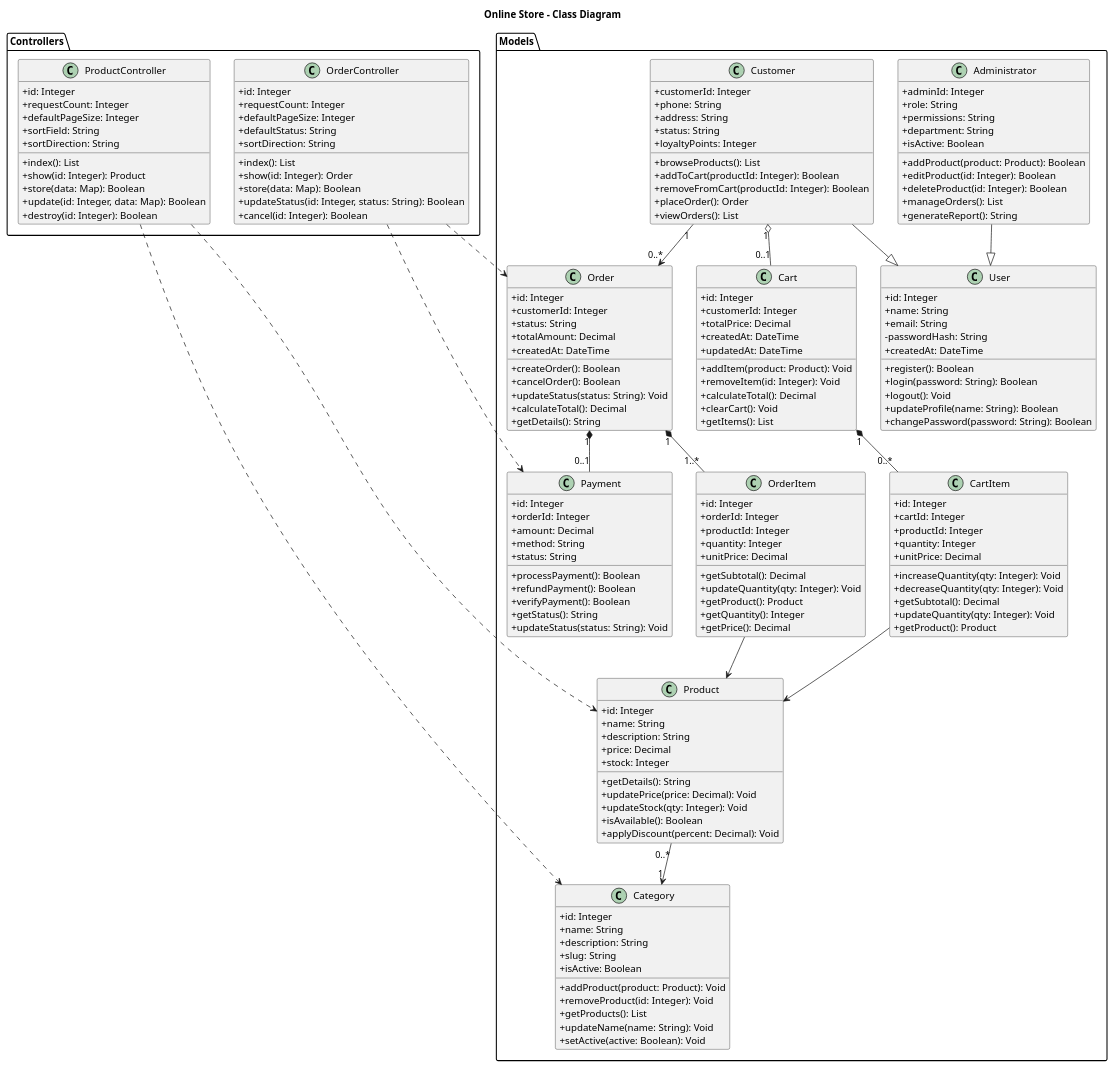
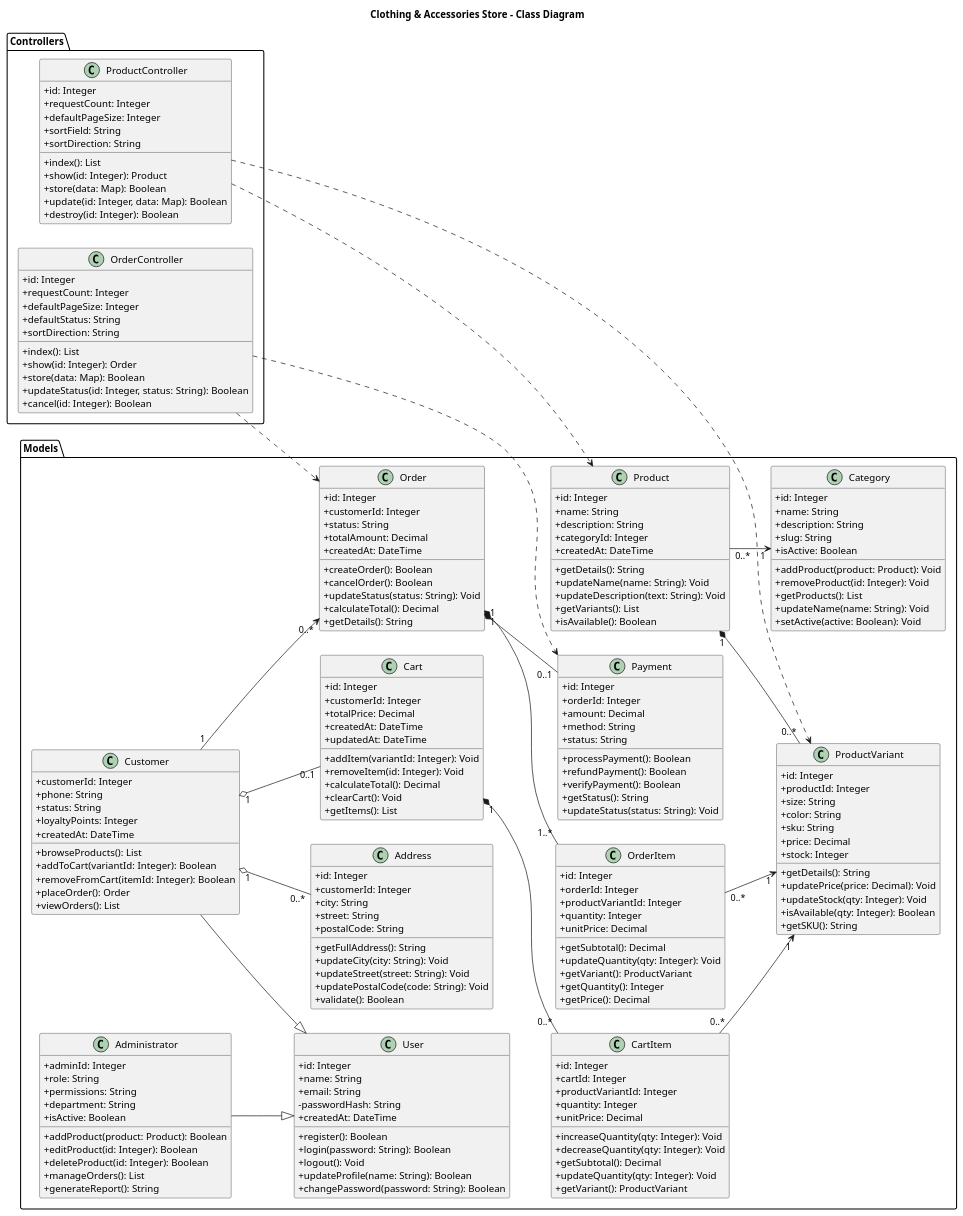
Before and after one commit to ulianadubrovska/PHP-CICD-Lab1: the diagram in docs/class-diagram.puml, drawn with PlantUML. The commit also changed other lines of this file and 4 other files, not shown here.

Commit message:
Adapt system design for clothing and accessories store

```diff
--- a/docs/class-diagram.puml
+++ b/docs/class-diagram.puml
@@ -1,8 +2,9 @@
 @startuml
-title Online Store - Class Diagram
+title Clothing & Accessories Store - Class Diagram
+
 skinparam classAttributeIconSize 0
 skinparam shadowing false
-hide empty members
+left to right direction
 
 package "Models" {
 
@@ -22,12 +24,12 @@
 class Customer {
   +customerId: Integer
   +phone: String
-  +address: String
   +status: String
   +loyaltyPoints: Integer
+  +createdAt: DateTime
   +browseProducts(): List
-  +addToCart(productId: Integer): Boolean
-  +removeFromCart(productId: Integer): Boolean
+  +addToCart(variantId: Integer): Boolean
+  +removeFromCart(itemId: Integer): Boolean
   +placeOrder(): Order
   +viewOrders(): List
 }
@@ -49,13 +51,28 @@
   +id: Integer
   +name: String
   +description: String
+  +categoryId: Integer
+  +createdAt: DateTime
+  +getDetails(): String
+  +updateName(name: String): Void
+  +updateDescription(text: String): Void
+  +getVariants(): List
+  +isAvailable(): Boolean
+}
+
+class ProductVariant {
+  +id: Integer
+  +productId: Integer
+  +size: String
+  +color: String
+  +sku: String
   +price: Decimal
   +stock: Integer
   +getDetails(): String
   +updatePrice(price: Decimal): Void
   +updateStock(qty: Integer): Void
-  +isAvailable(): Boolean
-  +applyDiscount(percent: Decimal): Void
+  +isAvailable(qty: Integer): Boolean
+  +getSKU(): String
 }
 
 class Category {
@@ -77,7 +94,7 @@
   +totalPrice: Decimal
   +createdAt: DateTime
   +updatedAt: DateTime
-  +addItem(product: Product): Void
+  +addItem(variantId: Integer): Void
   +removeItem(id: Integer): Void
   +calculateTotal(): Decimal
   +clearCart(): Void
@@ -87,14 +104,14 @@
 class CartItem {
   +id: Integer
   +cartId: Integer
-  +productId: Integer
+  +productVariantId: Integer
   +quantity: Integer
   +unitPrice: Decimal
   +increaseQuantity(qty: Integer): Void
   +decreaseQuantity(qty: Integer): Void
   +getSubtotal(): Decimal
   +updateQuantity(qty: Integer): Void
-  +getProduct(): Product
+  +getVariant(): ProductVariant
 }
 
 class Order {
@@ -113,12 +130,12 @@
 class OrderItem {
   +id: Integer
   +orderId: Integer
-  +productId: Integer
+  +productVariantId: Integer
   +quantity: Integer
   +unitPrice: Decimal
   +getSubtotal(): Decimal
   +updateQuantity(qty: Integer): Void
-  +getProduct(): Product
+  +getVariant(): ProductVariant
   +getQuantity(): Integer
   +getPrice(): Decimal
 }
@@ -134,6 +151,19 @@
   +verifyPayment(): Boolean
   +getStatus(): String
   +updateStatus(status: String): Void
+}
+
+class Address {
+  +id: Integer
+  +customerId: Integer
+  +city: String
+  +street: String
+  +postalCode: String
+  +getFullAddress(): String
+  +updateCity(city: String): Void
+  +updateStreet(street: String): Void
+  +updatePostalCode(code: String): Void
+  +validate(): Boolean
 }
 
 }
@@ -168,23 +198,30 @@
 
 }
 
+' Inheritance
 Customer --|> User
 Administrator --|> User
 
+' Association
 Product "0..*" --> "1" Category
 Customer "1" --> "0..*" Order
 
+CartItem "0..*" --> "1" ProductVariant
+OrderItem "0..*" --> "1" ProductVariant
+
+' Aggregation
 Customer "1" o-- "0..1" Cart
+Customer "1" o-- "0..*" Address
 
+' Composition
+Product "1" *-- "0..*" ProductVariant
 Cart "1" *-- "0..*" CartItem
 Order "1" *-- "1..*" OrderItem
 Order "1" *-- "0..1" Payment
 
-CartItem --> Product
-OrderItem --> Product
-
+' Controller dependencies
 ProductController ..> Product
-ProductController ..> Category
+ProductController ..> ProductVariant
 OrderController ..> Order
 OrderController ..> Payment
 
```
